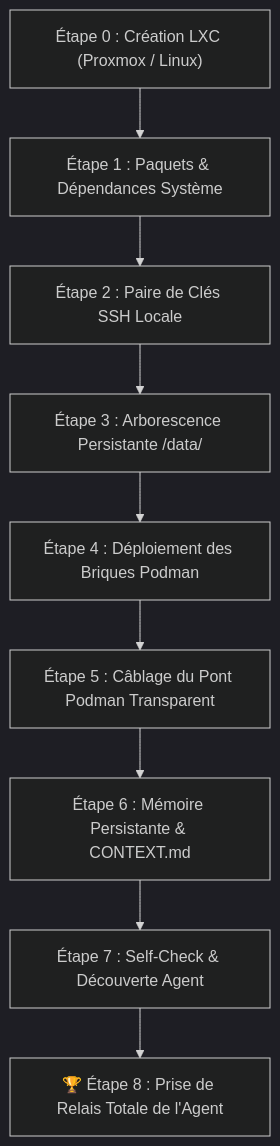
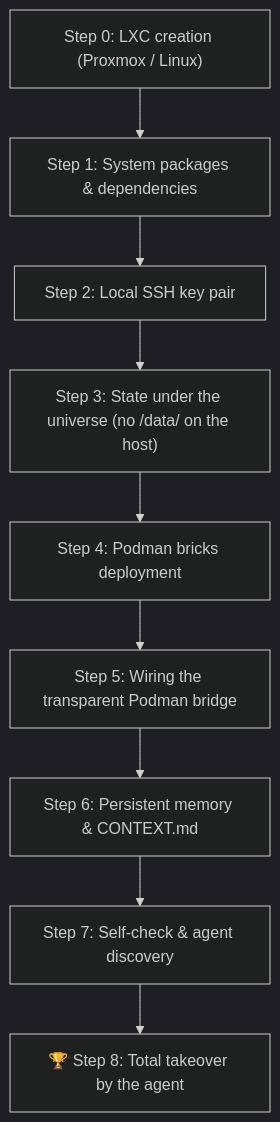
The diagram in software/LXC-CLEAN-SHEET-DEPLOYMENT-STEPS.md (xavdp-pro/SHAPER-OS-V1.13), drawn with Mermaid (dark theme) before and after one commit. The commit also changed other lines of this file and 190 other files, not shown here.

````diff
--- a/software/LXC-CLEAN-SHEET-DEPLOYMENT-STEPS.md
+++ b/software/LXC-CLEAN-SHEET-DEPLOYMENT-STEPS.md
@@ -26,11 +26,11 @@
 ```mermaid
 flowchart TD
-    S0["Étape 0 : Création LXC (Proxmox / Linux)"] --> S1["Étape 1 : Paquets & Dépendances Système"]
-    S1 --> S2["Étape 2 : Paire de Clés SSH Locale"]
-    S2 --> S3["Étape 3 : Arborescence Persistante /data/"]
-    S3 --> S4["Étape 4 : Déploiement des Briques Podman"]
-    S4 --> S5["Étape 5 : Câblage du Pont Podman Transparent"]
-    S5 --> S6["Étape 6 : Mémoire Persistante & CONTEXT.md"]
-    S6 --> S7["Étape 7 : Self-Check & Découverte Agent"]
-    S7 --> S8["🏆 Étape 8 : Prise de Relais Totale de l'Agent"]
+    S0["Step 0: LXC creation (Proxmox / Linux)"] --> S1["Step 1: System packages & dependencies"]
+    S1 --> S2["Step 2: Local SSH key pair"]
+    S2 --> S3["Step 3: State under the universe (no /data/ on the host)"]
+    S3 --> S4["Step 4: Podman bricks deployment"]
+    S4 --> S5["Step 5: Wiring the transparent Podman bridge"]
+    S5 --> S6["Step 6: Persistent memory & CONTEXT.md"]
+    S6 --> S7["Step 7: Self-check & agent discovery"]
+    S7 --> S8["🏆 Step 8: Total takeover by the agent"]
 ```
````
